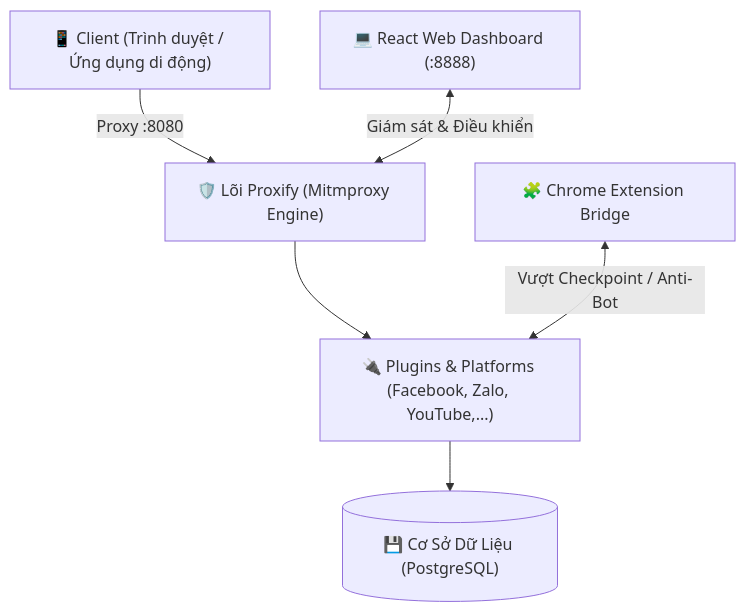
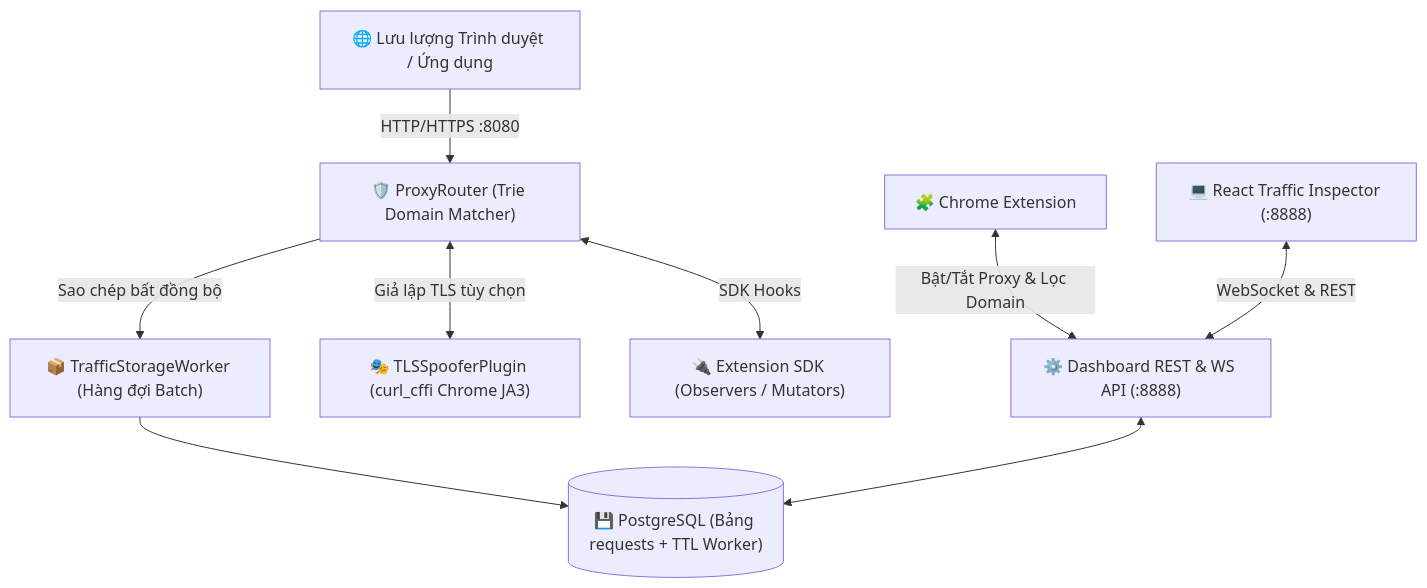
The diagram in README_vi.md (tmph2003/Proxify), drawn with Mermaid before and after one commit. The commit also changed other lines of this file and 16 other files, not shown here.

````diff
--- a/README_vi.md
+++ b/README_vi.md
@@ -150,9 +134,11 @@
 ```mermaid
 graph TD
-    Client["📱 Client (Trình duyệt / Ứng dụng di động)"] -->|Proxy :8080| Core["🛡️ Lõi Proxify (Mitmproxy Engine)"]
-    Core --> Plugins["🔌 Plugins & Platforms (Facebook, Zalo, YouTube,...)"]
-    Plugins --> DB[("💾 Cơ Sở Dữ Liệu (PostgreSQL)")]
-    
-    UI["💻 React Web Dashboard (:8888)"] <-->|Giám sát & Điều khiển| Core
-    Extension["🧩 Chrome Extension Bridge"] <-->|Vượt Checkpoint / Anti-Bot| Plugins
+    Client["🌐 Lưu lượng Trình duyệt / Ứng dụng"] -->|HTTP/HTTPS :8080| Router["🛡️ ProxyRouter (Trie Domain Matcher)"]
+    Ext["🧩 Chrome Extension"] <-->|Bật/Tắt Proxy & Lọc Domain| API["⚙️ Dashboard REST & WS API (:8888)"]
+    Router -->|Sao chép bất đồng bộ| Storage["📦 TrafficStorageWorker (Hàng đợi Batch)"]
+    Router <-->|Giả lập TLS tùy chọn| TLS["🎭 TLSSpooferPlugin (curl_cffi Chrome JA3)"]
+    Router <-->|SDK Hooks| SDK["🔌 Extension SDK (Observers / Mutators)"]
+    Storage --> DB[("💾 PostgreSQL (Bảng requests + TTL Worker)")]
+    UI["💻 React Traffic Inspector (:8888)"] <-->|WebSocket & REST| API
+    API <--> DB
 ```
````
